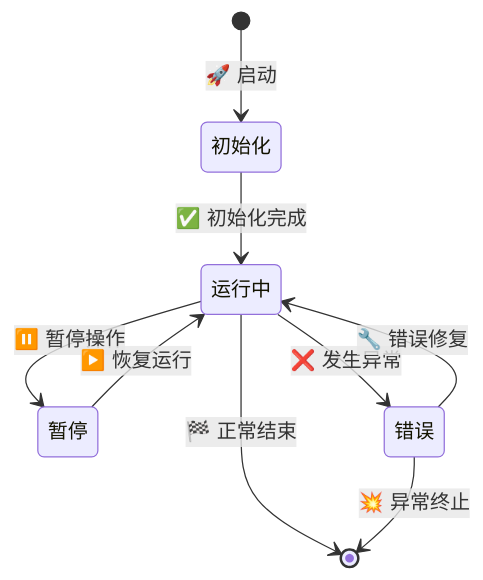
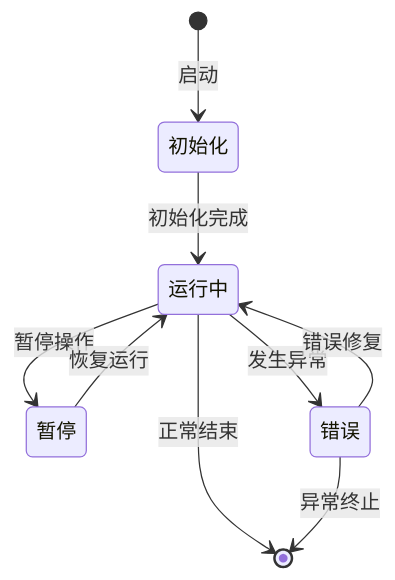
Before and after one commit to zengxiaolou/Interactive-Feedback-MCP: the ninth of 11 diagrams in cursor_rules_v8.1.md, drawn with Mermaid. The commit also changed other lines of this file, not shown here.

````diff
--- a/cursor_rules_v8.1.md
+++ b/cursor_rules_v8.1.md
@@ -419,11 +557,11 @@
 ```mermaid
 stateDiagram-v2
-    [*] --> 初始化 : 🚀 启动
-    初始化 --> 运行中 : ✅ 初始化完成
-    运行中 --> 暂停 : ⏸️ 暂停操作
-    运行中 --> 错误 : ❌ 发生异常
-    暂停 --> 运行中 : ▶️ 恢复运行
-    错误 --> 运行中 : 🔧 错误修复
-    运行中 --> [*] : 🏁 正常结束
-    错误 --> [*] : 💥 异常终止
+    [*] --> 初始化 :  启动
+    初始化 --> 运行中 :  初始化完成
+    运行中 --> 暂停 :  暂停操作
+    运行中 --> 错误 :  发生异常
+    暂停 --> 运行中 :  恢复运行
+    错误 --> 运行中 :  错误修复
+    运行中 --> [*] :  正常结束
+    错误 --> [*] :  异常终止
 ```
````
